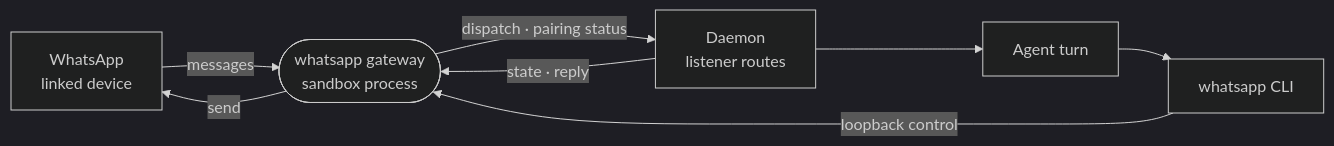
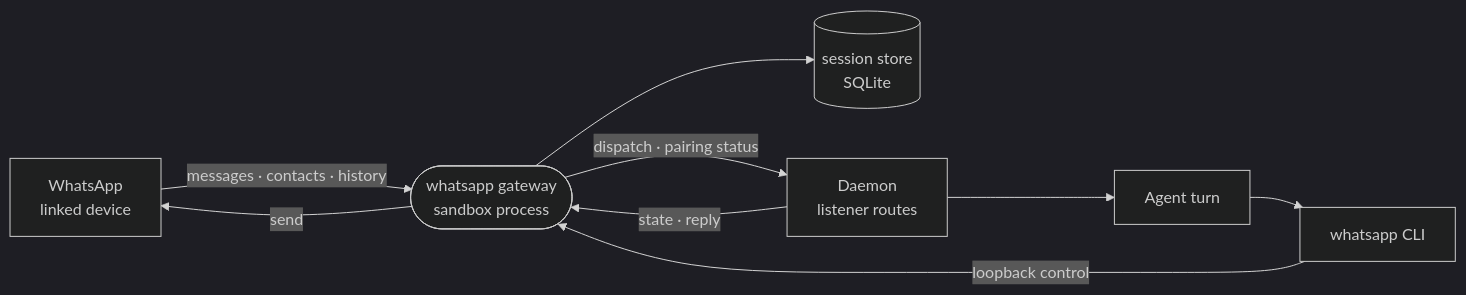
Before and after one commit to intentic/intentic: the diagram in _extensions/whatsapp/README.md, drawn with Mermaid (dark theme). The commit also changed other lines of this file and 24 other files, not shown here.

First line of the commit message:
feat(whatsapp): add WaStore sync, resolveChatIn, and contacts history reply react CLI

````diff
--- a/_extensions/whatsapp/README.md
+++ b/_extensions/whatsapp/README.md
@@ -5,10 +5,11 @@
 ```mermaid
 flowchart LR
-    wa["WhatsApp<br/>linked device"] -->|"messages"| gw(["whatsapp gateway<br/>sandbox process"])
+    wa["WhatsApp<br/>linked device"] -->|"messages · contacts · history"| gw(["whatsapp gateway<br/>sandbox process"])
+    gw --> store[("session store<br/>SQLite")]
     gw -->|"dispatch · pairing status"| daemon["Daemon<br/>listener routes"]
     daemon -->|"state · reply"| gw
     daemon --> turn["Agent turn"]
     turn --> cli["whatsapp CLI"]
     cli -->|"loopback control"| gw
     gw -->|"send"| wa
 ```
````
